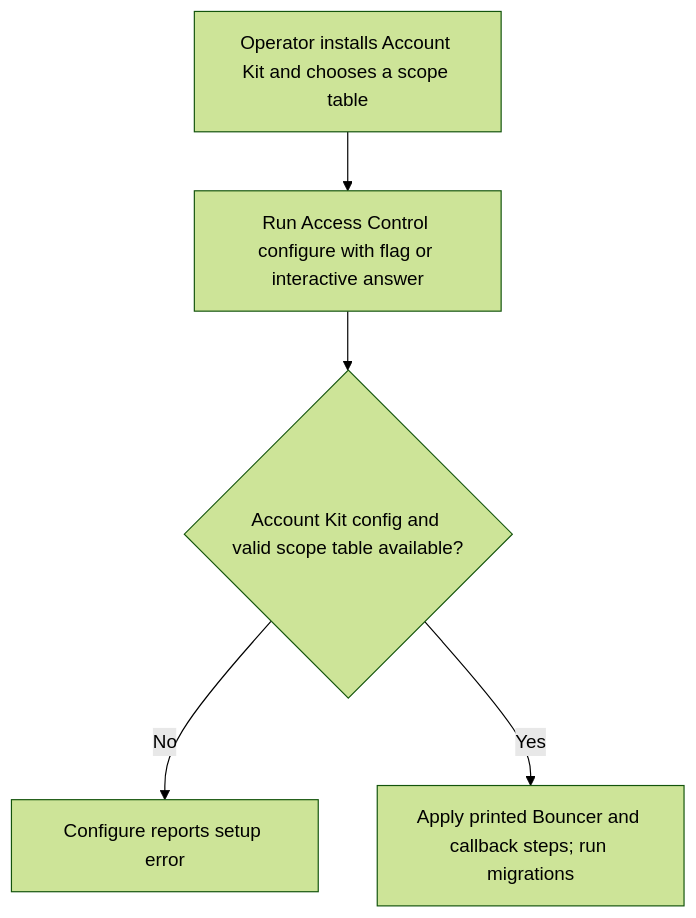
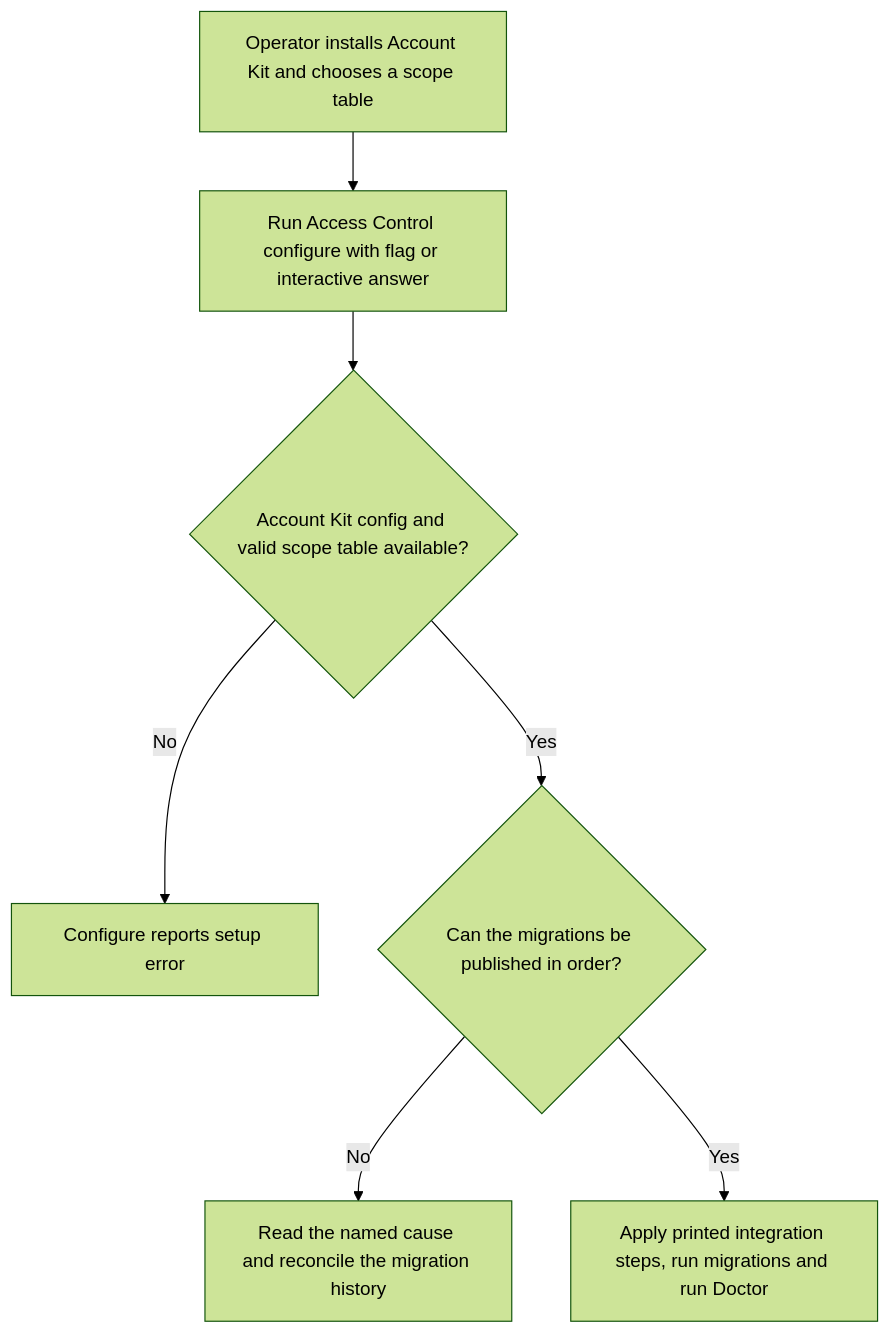
One commit to Kevinjohn/oss-adonisjs-access-control changed the first of 2 diagrams in user-stories/US-ACCESS-14-configure-access-control.md. Above: the diagram before and after it, drawn with Mermaid (forest theme). The commit also changed other lines of this file and 25 other files, not shown here.

````diff
--- a/user-stories/US-ACCESS-14-configure-access-control.md
+++ b/user-stories/US-ACCESS-14-configure-access-control.md
@@ -20,7 +20,9 @@
 ```mermaid
 flowchart TD
     A["Operator installs Account Kit and chooses a scope table"] --> B["Run Access Control configure with flag or interactive answer"]
     B --> C{"Account Kit config and valid scope table available?"}
     C -->|No| D["Configure reports setup error"]
-    C -->|Yes| E["Apply printed Bouncer and callback steps; run migrations"]
+    C -->|Yes| F{"Can the migrations be published in order?"}
+    F -->|No| G["Read the named cause and reconcile the migration history"]
+    F -->|Yes| E["Apply printed integration steps, run migrations and run Doctor"]
 ```
````
